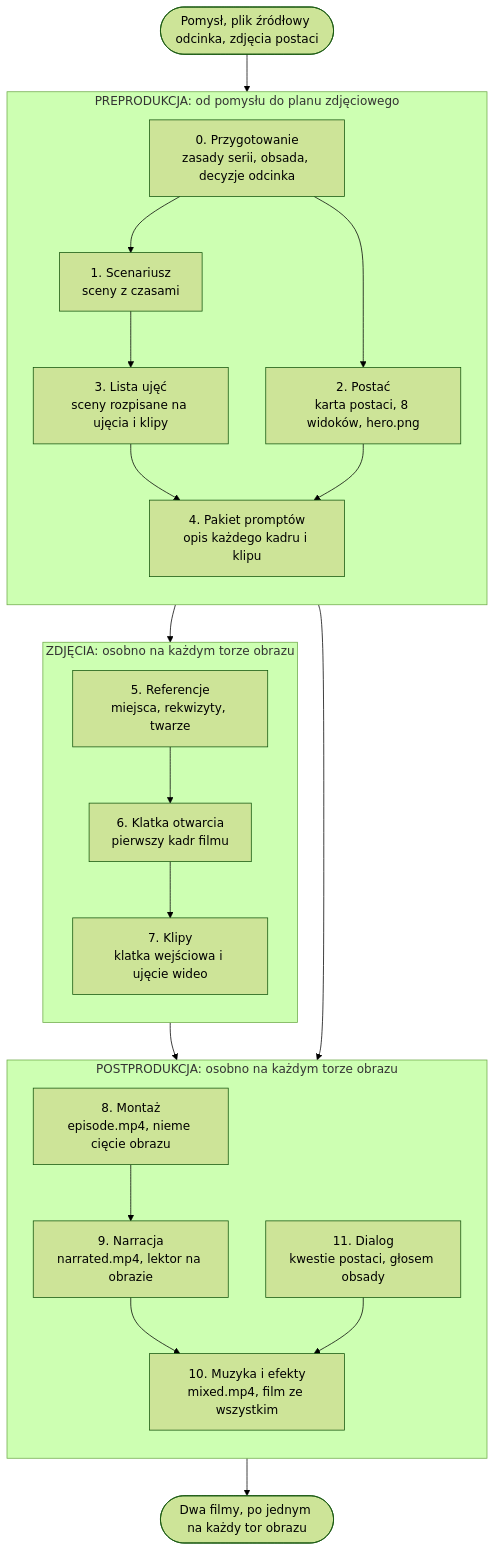
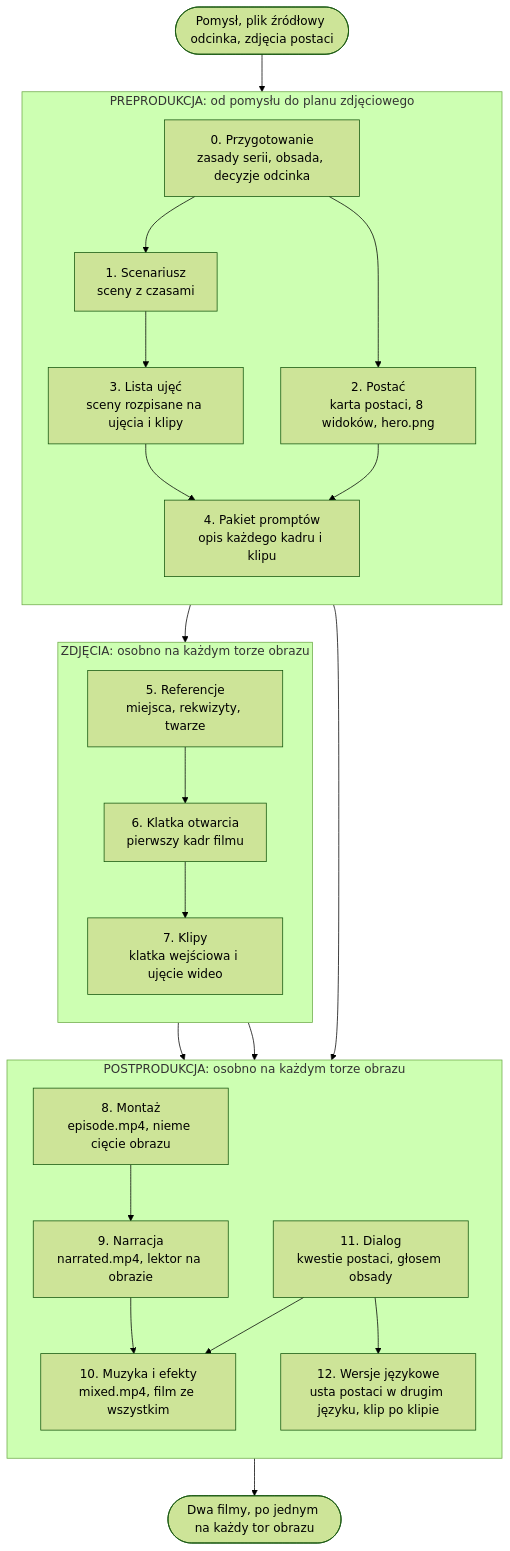
Before and after one commit to auditmos/aimator: the diagram in docs/jak-to-powstaje.md, drawn with Mermaid (forest theme). The commit also changed other lines of this file and 8 other files, not shown here.

First line of the commit message:
feat(site): etap 12, wersje językowe, na stronie „Jak to powstaje” i w README

````diff
--- a/docs/jak-to-powstaje.md
+++ b/docs/jak-to-powstaje.md
@@ -11,41 +11,44 @@
 ```mermaid
 flowchart TB
   IN(["Pomysł, plik źródłowy odcinka, zdjęcia postaci"])
 
   subgraph PRE["PREPRODUKCJA: od pomysłu do planu zdjęciowego"]
     direction TB
     S0["0. Przygotowanie<br/>zasady serii, obsada, decyzje odcinka"]
     S1["1. Scenariusz<br/>sceny z czasami"]
     S2["2. Postać<br/>karta postaci, 8 widoków, hero.png"]
     S3["3. Lista ujęć<br/>sceny rozpisane na ujęcia i klipy"]
     S4["4. Pakiet promptów<br/>opis każdego kadru i klipu"]
     S0 --> S1 --> S3 --> S4
     S0 --> S2 --> S4
   end
 
   subgraph ZDJ["ZDJĘCIA: osobno na każdym torze obrazu"]
     direction TB
     S5["5. Referencje<br/>miejsca, rekwizyty, twarze"]
     S6["6. Klatka otwarcia<br/>pierwszy kadr filmu"]
     S7["7. Klipy<br/>klatka wejściowa i ujęcie wideo"]
     S5 --> S6 --> S7
   end
 
   subgraph POST["POSTPRODUKCJA: osobno na każdym torze obrazu"]
     direction TB
     S8["8. Montaż<br/>episode.mp4, nieme cięcie obrazu"]
     S9["9. Narracja<br/>narrated.mp4, lektor na obrazie"]
     S11["11. Dialog<br/>kwestie postaci, głosem obsady"]
     S10["10. Muzyka i efekty<br/>mixed.mp4, film ze wszystkim"]
+    S12["12. Wersje językowe<br/>usta postaci w drugim języku, klip po klipie"]
     S8 --> S9 --> S10
     S11 --> S10
+    S11 --> S12
   end
 
   OUT(["Dwa filmy, po jednym na każdy tor obrazu"])
 
   IN --> S0
   S4 --> S5
   S7 --> S8
+  S7 --> S12
   S3 --> S11
   S10 --> OUT
 ```
````
